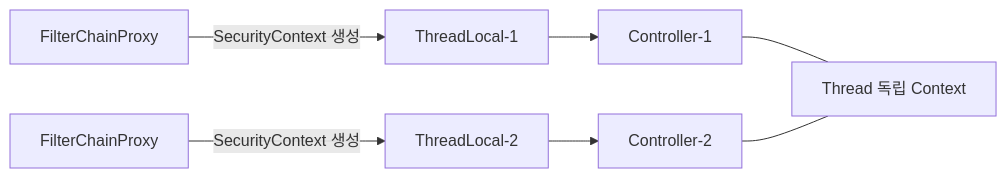
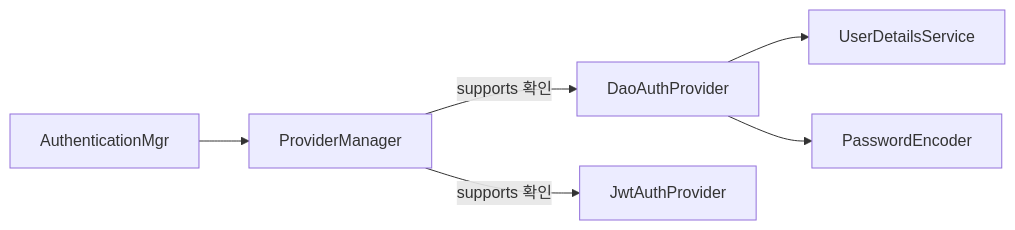
One commit to yjkim2015/yjkim2015.github.io changed the third of 4 diagrams in _posts/spring/2026-05-01-spring-security-architecture.md. Above: the diagram before and after it, drawn with Mermaid. The commit also changed other lines of this file and 4 other files, not shown here.

````diff
--- a/_posts/spring/2026-05-01-spring-security-architecture.md
+++ b/_posts/spring/2026-05-01-spring-security-architecture.md
@@ -179,9 +474,8 @@
 ```mermaid
 graph LR
-    A1["FilterChainProxy"] -->|"SecurityContext 생성"| B1["ThreadLocal-1"]
-    B1 --> C1["Controller-1"]
-    A2["FilterChainProxy"] -->|"SecurityContext 생성"| B2["ThreadLocal-2"]
-    B2 --> C2["Controller-2"]
-    C1 --- NOTE["Thread 독립 Context"]
-    C2 --- NOTE
+    A["AuthenticationMgr"] --> B["ProviderManager"]
+    B -->|"supports 확인"| C["DaoAuthProvider"]
+    B -->|"supports 확인"| D["JwtAuthProvider"]
+    C --> E["UserDetailsService"]
+    C --> F["PasswordEncoder"]
 ```
````
